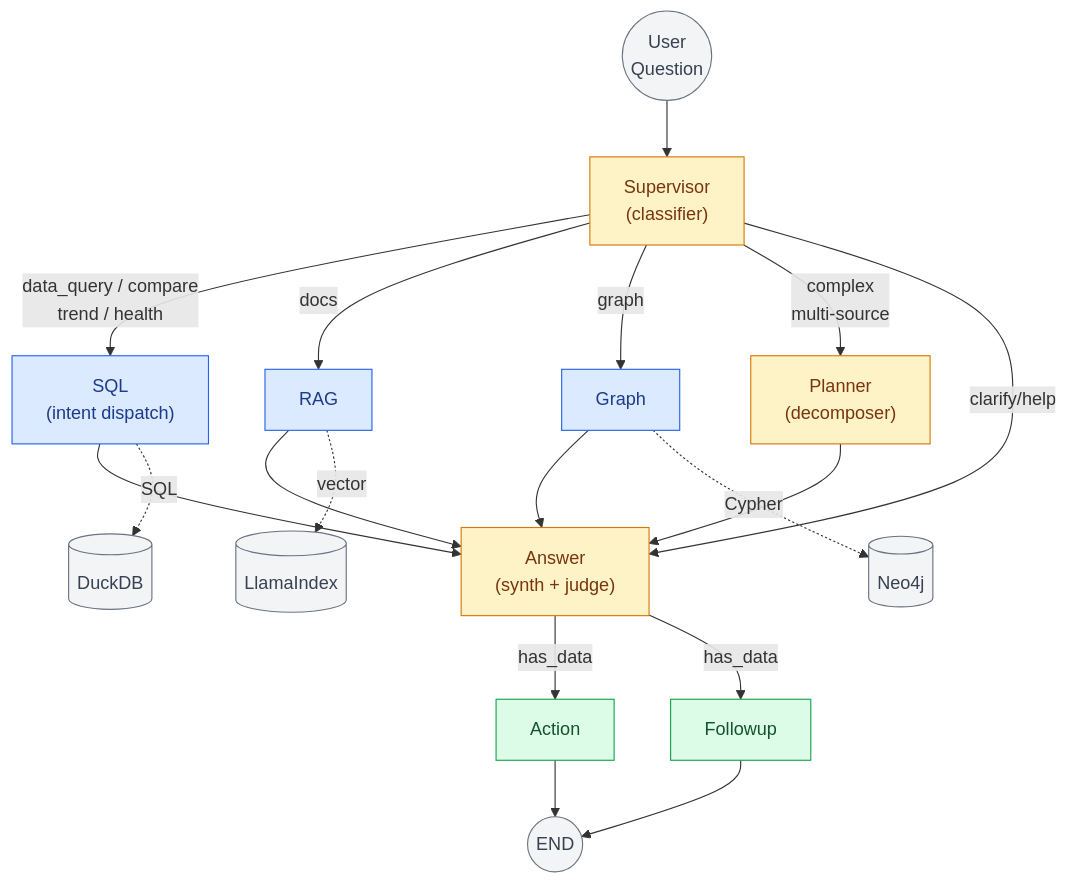
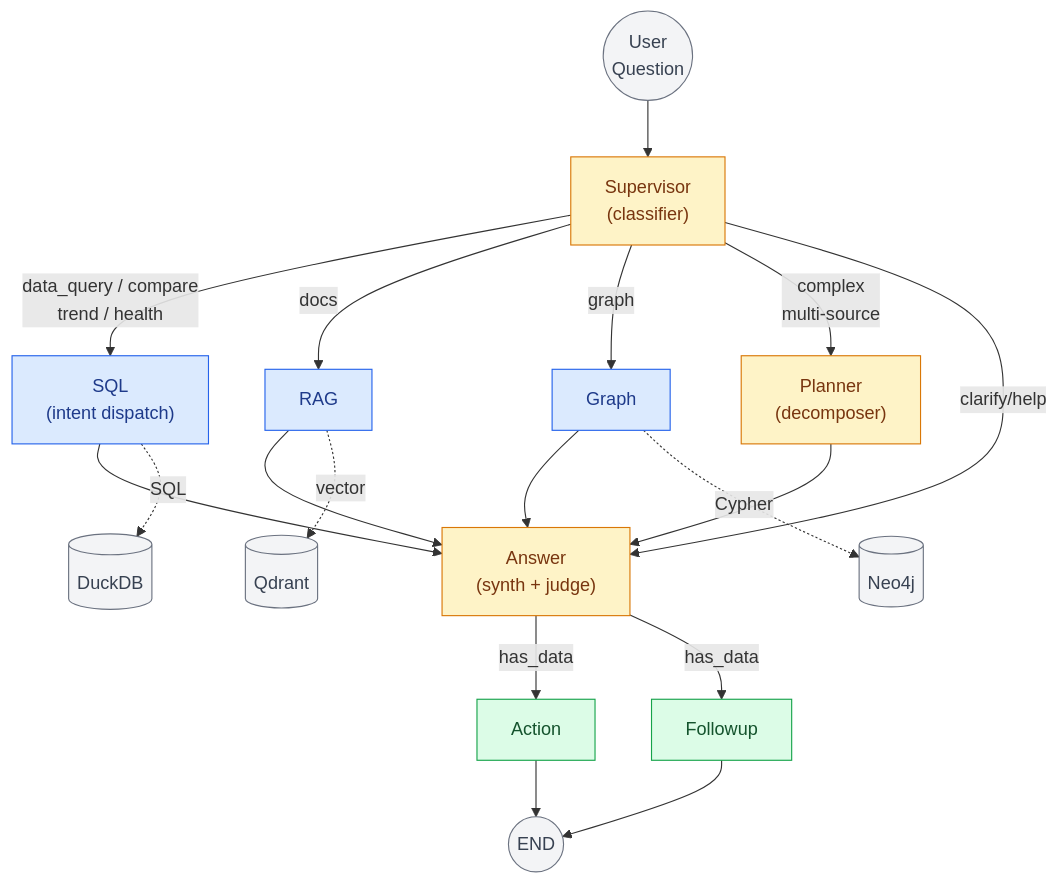
The first of 7 diagrams in README.md (sazzad-kamal/crm-agentic-reasoning-engine-docs), drawn with Mermaid before and after one commit. The commit also changed other lines of this file and 1 other file, not shown here.

Commit message:
Sharpen Eval section; Qdrant naming; add prompt injection defenses

````diff
--- a/README.md
+++ b/README.md
@@ -26,29 +26,29 @@
 ```mermaid
 flowchart TB
     Q(("User<br/>Question")) --> SUP["Supervisor<br/>(classifier)"]
 
     SUP -->|data_query / compare<br/>trend / health| SQL["SQL<br/>(intent dispatch)"]
     SUP -->|docs| RAG["RAG"]
     SUP -->|graph| GRAPH["Graph"]
     SUP -->|"complex<br/>multi-source"| PLANNER["Planner<br/>(decomposer)"]
     SUP -->|clarify/help| ANS
 
     SQL & RAG & GRAPH & PLANNER --> ANS["Answer<br/>(synth + judge)"]
 
     ANS -->|has_data| ACT["Action"] & FU["Followup"]
     ACT & FU --> END((END))
 
     SQL -.->|SQL| DB[(DuckDB)]
-    RAG -.->|vector| VS[(LlamaIndex)]
+    RAG -.->|vector| VS[(Qdrant)]
     GRAPH -.->|Cypher| N4[(Neo4j)]
 
     classDef agent fill:#fef3c7,stroke:#d97706,color:#78350f
     classDef tool fill:#dbeafe,stroke:#2563eb,color:#1e3a8a
     classDef response fill:#dcfce7,stroke:#16a34a,color:#14532d
     classDef boundary fill:#f3f4f6,stroke:#6b7280,color:#374151
 
     class SUP,PLANNER,ANS agent
     class SQL,RAG,GRAPH tool
     class ACT,FU response
     class Q,END,DB,VS,N4 boundary
 ```
````
